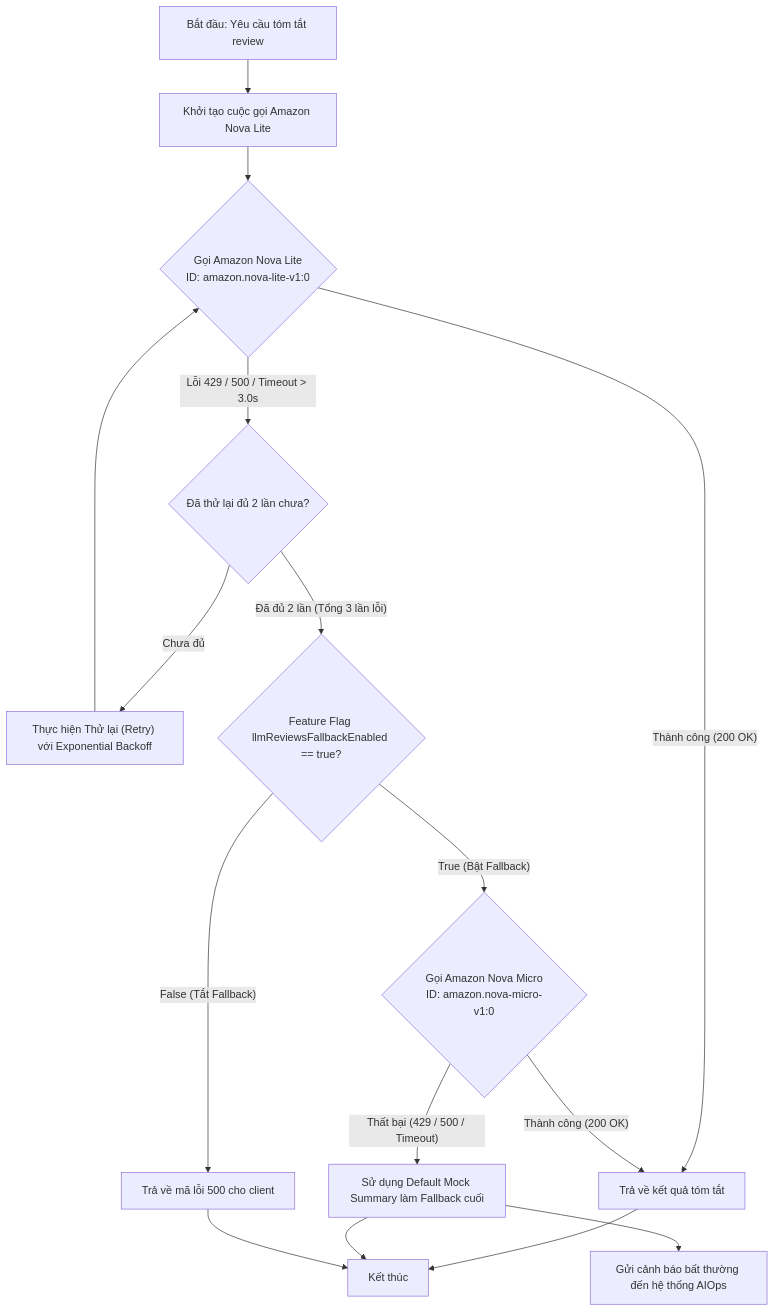
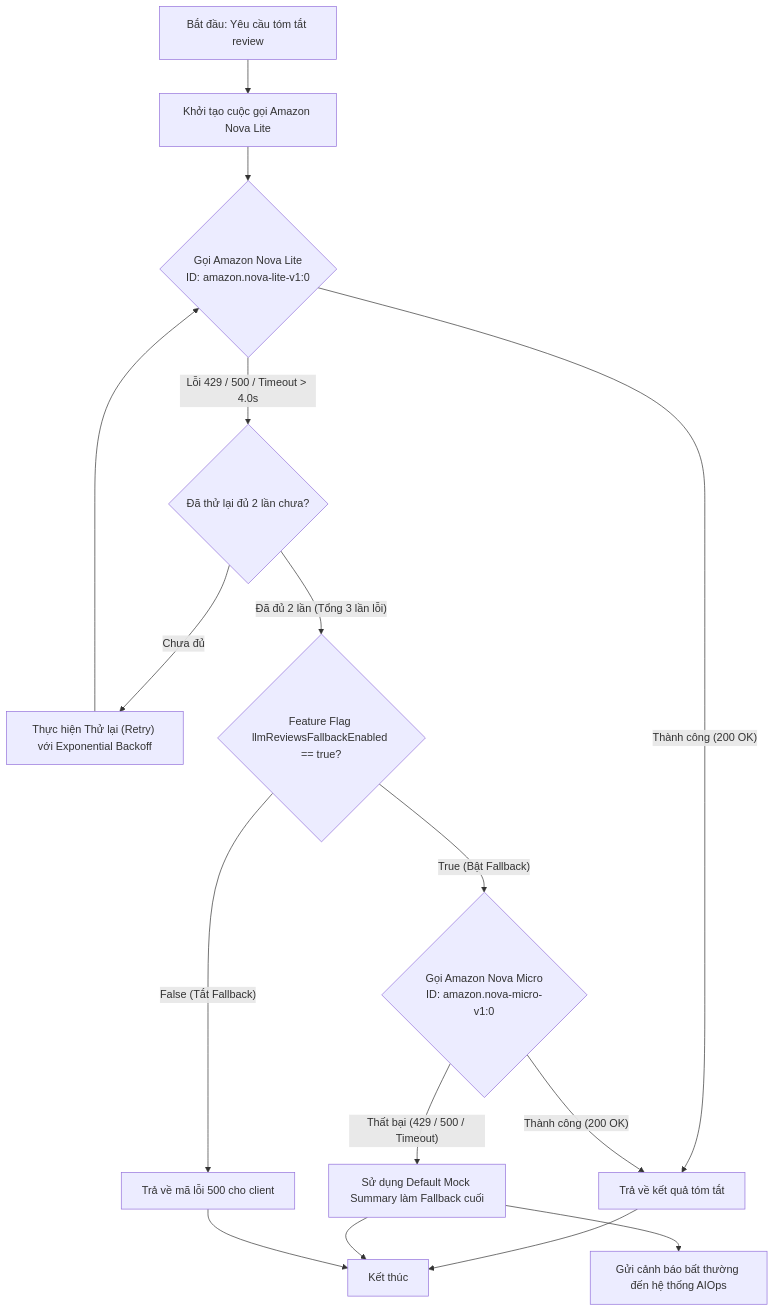
One commit to nguyenductien-qnm/capstone-phase-3 changed the first of 2 diagrams in docs/ai/03_specs/fallback_retry.md. Above: the diagram before and after it, drawn with Mermaid. The commit also changed other lines of this file and 14 other files, not shown here.

````diff
--- a/docs/ai/03_specs/fallback_retry.md
+++ b/docs/ai/03_specs/fallback_retry.md
@@ -18,25 +18,25 @@
 ```mermaid
 graph TD
     Start["Bắt đầu: Yêu cầu tóm tắt review"] --> InitCall["Khởi tạo cuộc gọi Amazon Nova Lite"]
     InitCall --> CallNova{"Gọi Amazon Nova Lite<br>ID: amazon.nova-lite-v1:0"}
     
     CallNova -- "Thành công (200 OK)" --> ReturnResult["Trả về kết quả tóm tắt"]
     
-    CallNova -- "Lỗi 429 / 500 / Timeout > 3.0s" --> CheckRetry{"Đã thử lại đủ 2 lần chưa?"}
+    CallNova -- "Lỗi 429 / 500 / Timeout > 4.0s" --> CheckRetry{"Đã thử lại đủ 2 lần chưa?"}
     CheckRetry -- "Chưa đủ" --> RetryNova["Thực hiện Thử lại (Retry) với Exponential Backoff"]
     RetryNova --> CallNova
     
     CheckRetry -- "Đã đủ 2 lần (Tổng 3 lần lỗi)" --> CheckFallbackFlag{"Feature Flag llmReviewsFallbackEnabled == true?"}
     
     CheckFallbackFlag -- "False (Tắt Fallback)" --> FailResponse["Trả về mã lỗi 500 cho client"]
     
     CheckFallbackFlag -- "True (Bật Fallback)" --> CallNovaMicro{"Gọi Amazon Nova Micro<br>ID: amazon.nova-micro-v1:0"}
     
     CallNovaMicro -- "Thành công (200 OK)" --> ReturnResult
     CallNovaMicro -- "Thất bại (429 / 500 / Timeout)" --> CallMock["Sử dụng Default Mock Summary làm Fallback cuối"]
     
     CallMock --> AlertAIOps["Gửi cảnh báo bất thường đến hệ thống AIOps"]
     ReturnResult --> End["Kết thúc"]
     CallMock --> End
     FailResponse --> End
 ```
````
